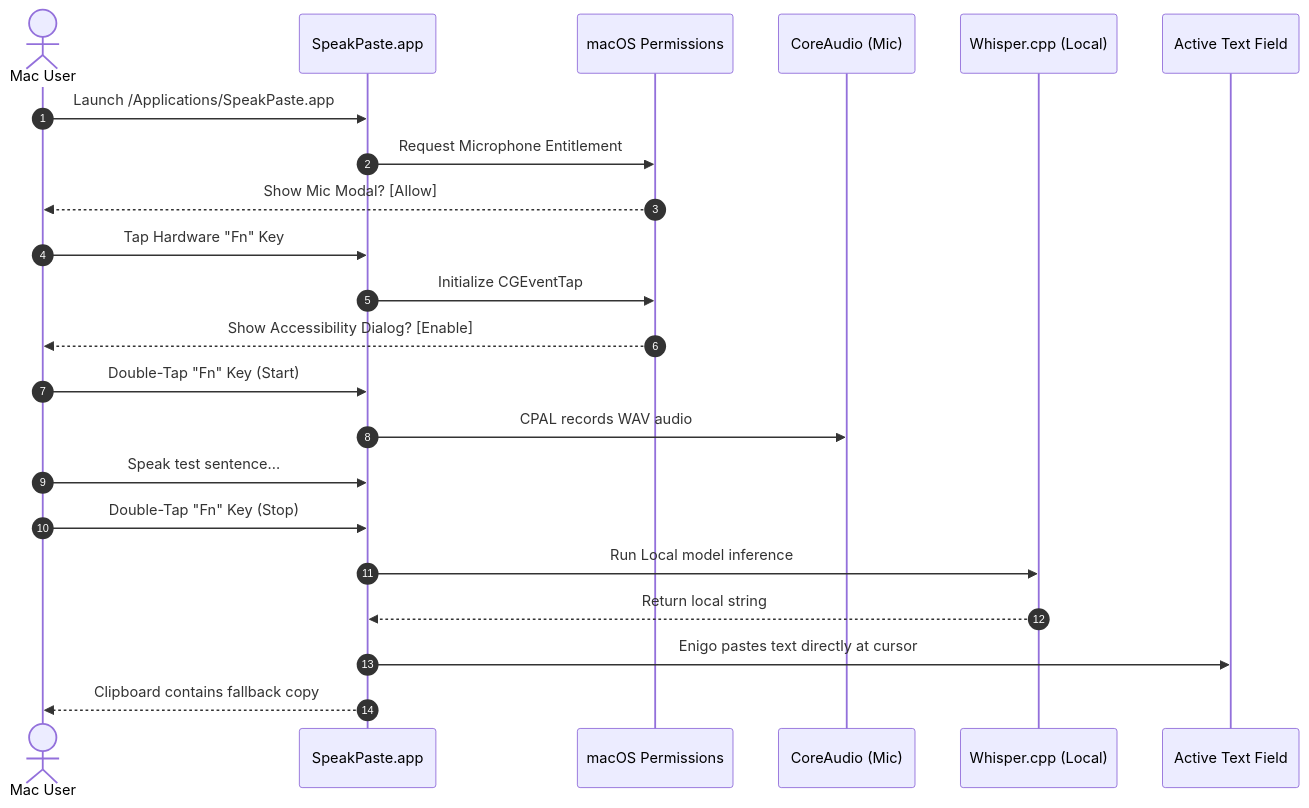
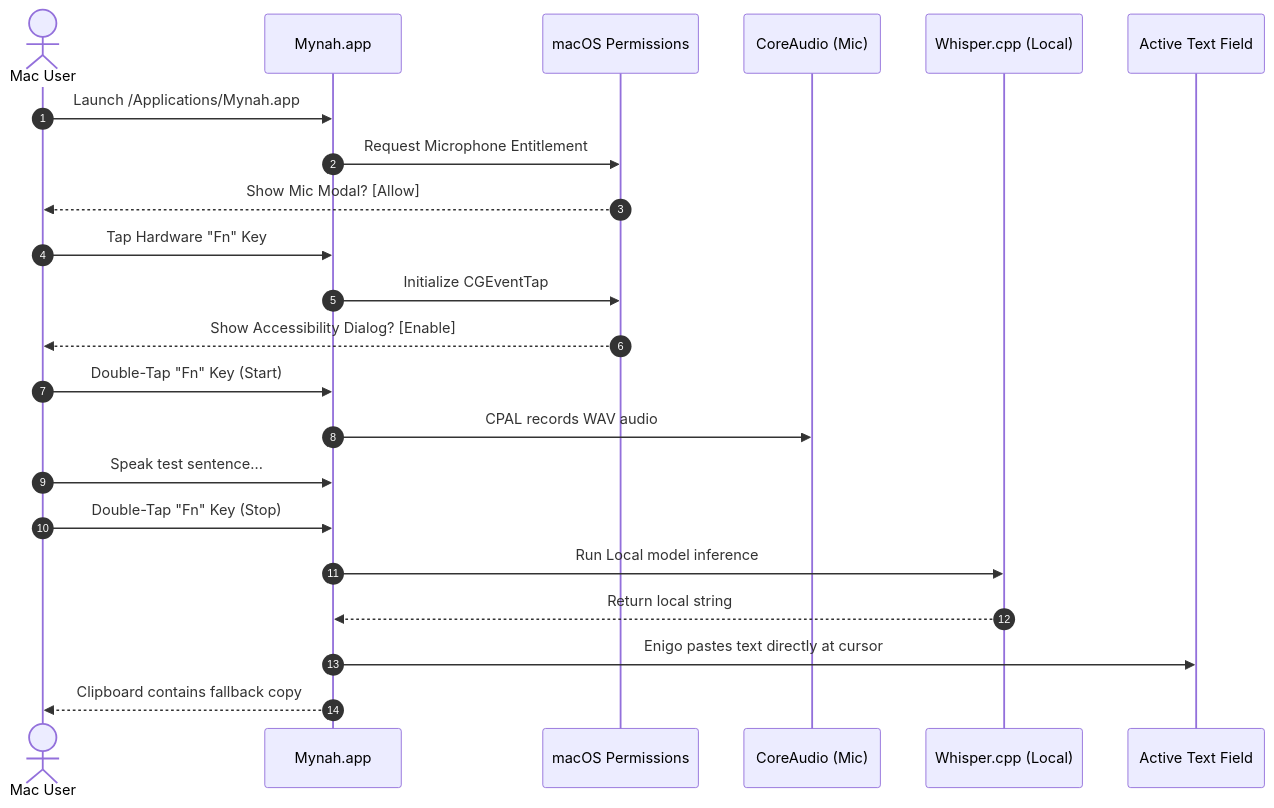
One commit to teachme-ai/speakpaste changed the diagram in apps/speakpaste/docs/product/ANTIGRAVITY_REVIEW_RUNTIME_VALIDATION.md. Above: the diagram before and after it, drawn with Mermaid. The commit also changed other lines of this file and 112 other files, not shown here.

````diff
--- a/apps/speakpaste/docs/product/ANTIGRAVITY_REVIEW_RUNTIME_VALIDATION.md
+++ b/apps/speakpaste/docs/product/ANTIGRAVITY_REVIEW_RUNTIME_VALIDATION.md
@@ -94,25 +94,25 @@
 ```mermaid
 sequenceDiagram
     autonumber
     actor User as Mac User
-    participant App as SpeakPaste.app
+    participant App as Mynah.app
     participant OS as macOS Permissions
     participant Mic as CoreAudio (Mic)
     participant Engine as Whisper.cpp (Local)
     participant Cursor as Active Text Field
 
-    User->>App: Launch /Applications/SpeakPaste.app
+    User->>App: Launch /Applications/Mynah.app
     App->>OS: Request Microphone Entitlement
     OS-->>User: Show Mic Modal? [Allow]
     User->>App: Tap Hardware "Fn" Key
     App->>OS: Initialize CGEventTap
     OS-->>User: Show Accessibility Dialog? [Enable]
     User->>App: Double-Tap "Fn" Key (Start)
     App->>Mic: CPAL records WAV audio
     User->>App: Speak test sentence...
     User->>App: Double-Tap "Fn" Key (Stop)
     App->>Engine: Run Local model inference
     Engine-->>App: Return local string
     App->>Cursor: Enigo pastes text directly at cursor
     App-->>User: Clipboard contains fallback copy
 ```
````
